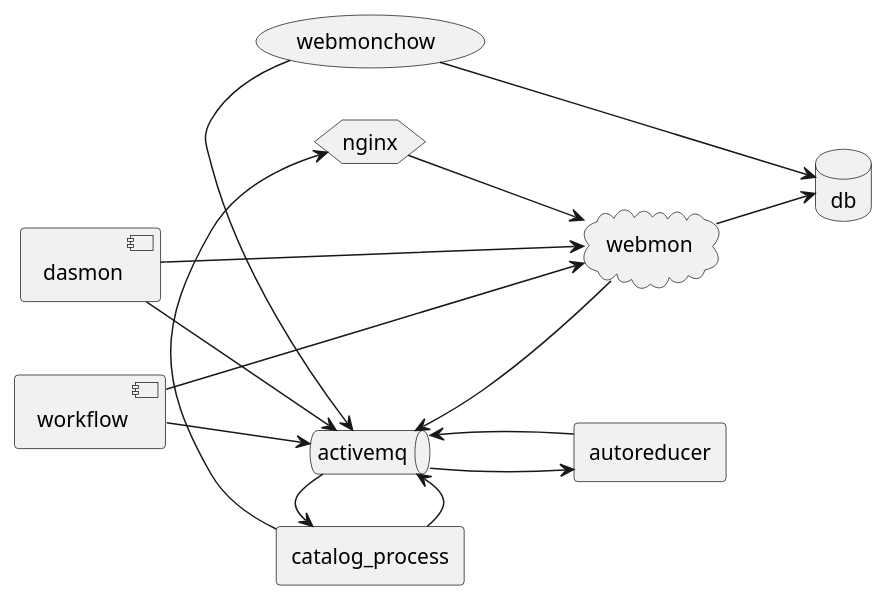
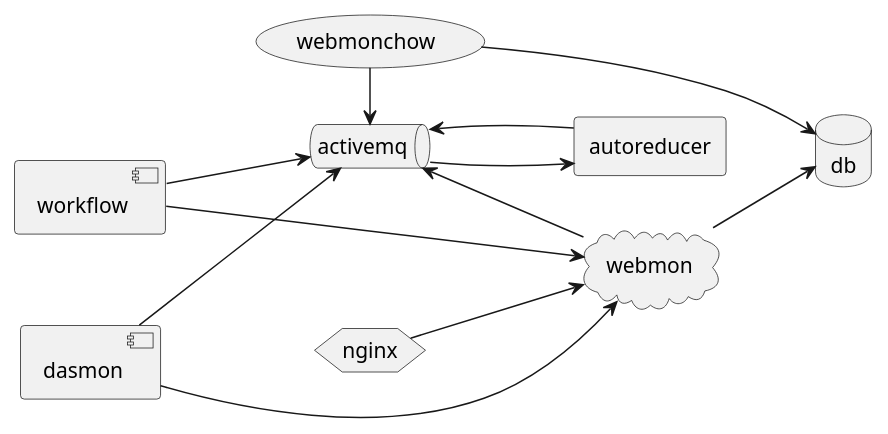
Before and after one commit to neutrons/data_workflow: the diagram in docs/developer/images/services_dependence_graph.puml, drawn with PlantUML. The commit also changed 3 other files, not shown here.

First line of the commit message:
Fix typos and update service dependency graph

```diff
--- a/docs/developer/images/services_dependence_graph.puml
+++ b/docs/developer/images/services_dependence_graph.puml
@@ -1,34 +1,27 @@
 @startuml
 'https://plantuml.com/component-diagram
 
 left to right direction
 
 usecase webmonchow
 database db
 queue activemq
 cloud webmon
 component dasmon
 component workflow
-agent catalog_process
 hexagon nginx
 agent autoreducer
 
 webmonchow -right-> db
 webmonchow -right-> activemq
-
 webmon -down-> db
-
-catalog_process -right-> nginx
 dasmon -down-> webmon
 nginx -down-> webmon
 workflow -right-> webmon
-
 workflow -down-> activemq
 dasmon -down-> activemq
 autoreducer -down-> activemq
 activemq -down-> autoreducer
 webmon -up-> activemq
-catalog_process -right-> activemq
-activemq -right-> catalog_process
 
 @enduml
```
